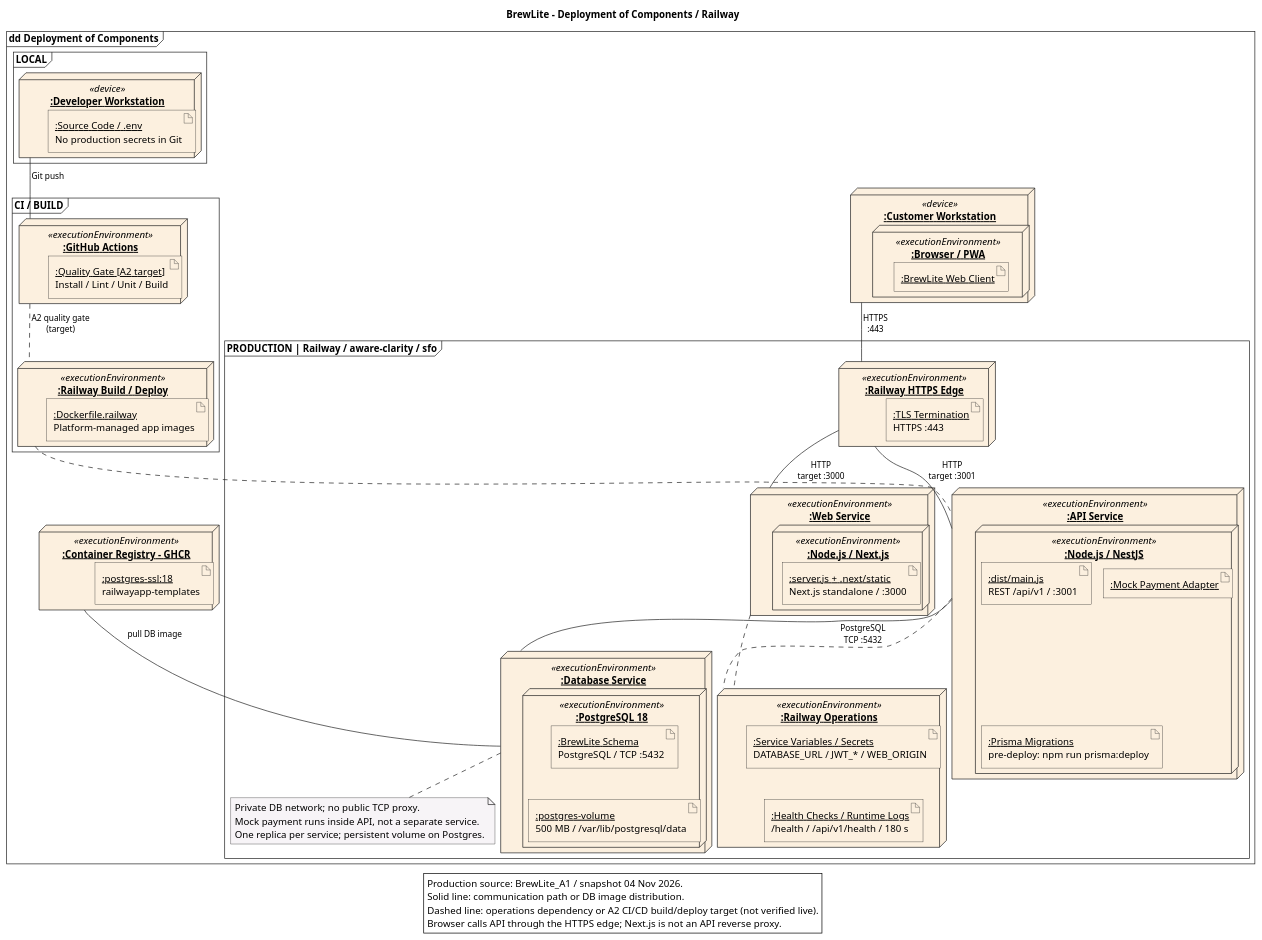
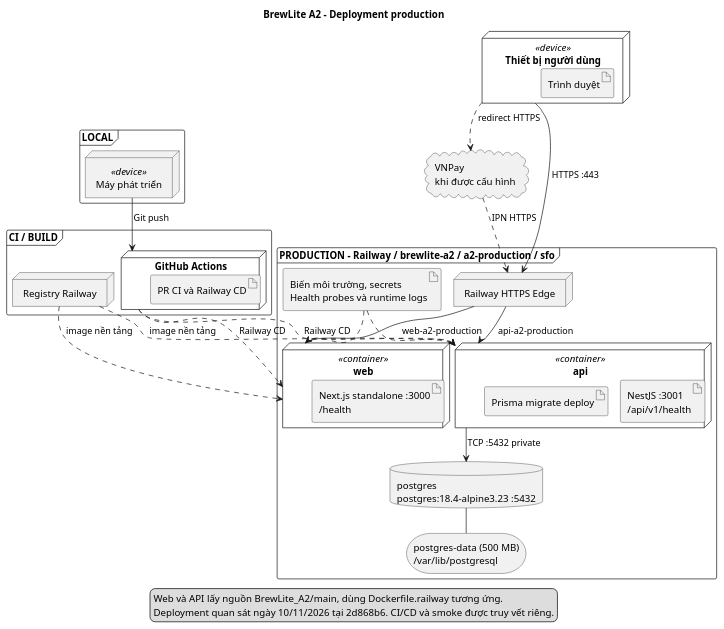
One commit to Fatcatmmb-sudo/BrewLite_A2 changed the diagram in docs/diagrams/deployment-production.puml. Above: the diagram before and after it, drawn with PlantUML. The commit also changed 14 other files, not shown here.

Commit message:
docs(task-3): cap nhat deployment Railway A2

```diff
--- a/docs/diagrams/deployment-production.puml
+++ b/docs/diagrams/deployment-production.puml
@@ -1,113 +1,54 @@
 @startuml
 !pragma layout smetana
-' Source of truth for the deployment diagram. No Draw.io or custom renderer required.
-title BrewLite - Deployment of Components / Railway
+title BrewLite A2 - Deployment production
 skinparam defaultFontName Arial
-skinparam defaultFontSize 14
 skinparam shadowing false
-skinparam backgroundColor white
-skinparam roundCorner 0
-skinparam nodesep 45
-skinparam ranksep 55
-skinparam linetype polyline
-skinparam ArrowColor #222222
-skinparam ArrowFontSize 12
-skinparam NodeBackgroundColor #FCF0DF
-skinparam NodeBorderColor #222222
-skinparam ArtifactBackgroundColor #FCF0DF
-skinparam ArtifactBorderColor #222222
-skinparam FrameBackgroundColor white
-skinparam FrameBorderColor #222222
-skinparam NoteBackgroundColor #F7F4F7
-skinparam NoteBorderColor #222222
-skinparam stereotypeFontSize 12
-top to bottom direction
+skinparam nodesep 25
+skinparam ranksep 35
 
-frame "dd Deployment of Components" {
-  node "<u>:Customer Workstation</u>" as Client <<device>> {
-    node "<u>:Browser / PWA</u>" as Browser <<executionEnvironment>> {
-      artifact "<u>:BrewLite Web Client</u>" as ClientApp
-    }
+node "Thiết bị người dùng" as Browser <<device>> {
+  artifact "Trình duyệt" as Client
   }
+frame "LOCAL" {
+  node "Máy phát triển" as Dev <<device>>
+}
+frame "CI / BUILD" {
+  node "GitHub Actions" as CI {
+    artifact "PR CI và Railway CD" as Workflows
+  }
+  node "Registry Railway" as Registry
+}
+frame "PRODUCTION - Railway / brewlite-a2 / a2-production / sfo" {
+  node "Railway HTTPS Edge" as Edge
+  node "web" as Web <<container>> {
+    artifact "Next.js standalone :3000\n/health" as Next
+  }
+  node "api" as API <<container>> {
+    artifact "NestJS :3001\n/api/v1/health" as Nest
+    artifact "Prisma migrate deploy" as Prisma
+  }
+  database "postgres\npostgres:18.4-alpine3.23 :5432" as DB
+  storage "postgres-data (500 MB)\n/var/lib/postgresql" as Volume
+  artifact "Biến môi trường, secrets\nHealth probes và runtime logs" as Ops
+}
+cloud "VNPay\nkhi được cấu hình" as VN
 
-  frame "PRODUCTION | Railway / aware-clarity / sfo" as Production {
-    node "<u>:Railway HTTPS Edge</u>" as Edge <<executionEnvironment>> {
-      artifact "<u>:TLS Termination</u>\nHTTPS :443" as TLS
-    }
-
-    node "<u>:Web Service</u>" as Web <<executionEnvironment>> {
-      node "<u>:Node.js / Next.js</u>" as Next <<executionEnvironment>> {
-        artifact "<u>:server.js + .next/static</u>\nNext.js standalone / :3000" as NextApp
-      }
-    }
-
-    node "<u>:API Service</u>" as API <<executionEnvironment>> {
-      node "<u>:Node.js / NestJS</u>" as Nest <<executionEnvironment>> {
-        artifact "<u>:dist/main.js</u>\nREST /api/v1 / :3001" as NestApp
-        artifact "<u>:Mock Payment Adapter</u>" as Mock
-        artifact "<u>:Prisma Migrations</u>\npre-deploy: npm run prisma:deploy" as Migrations
-        NestApp -[hidden]right- Mock
-        NestApp -[hidden]down- Migrations
-      }
-    }
-
-    node "<u>:Database Service</u>" as Database <<executionEnvironment>> {
-      node "<u>:PostgreSQL 18</u>" as PostgreSQL <<executionEnvironment>> {
-        artifact "<u>:BrewLite Schema</u>\nPostgreSQL / TCP :5432" as Schema
-        artifact "<u>:postgres-volume</u>\n500 MB / /var/lib/postgresql/data" as Volume
-        Schema -[hidden]down- Volume
-      }
-    }
-
-    node "<u>:Railway Operations</u>" as Ops <<executionEnvironment>> {
-      artifact "<u>:Service Variables / Secrets</u>\nDATABASE_URL / JWT_* / WEB_ORIGIN" as Secrets
-      artifact "<u>:Health Checks / Runtime Logs</u>\n/health / /api/v1/health / 180 s" as Health
-      Secrets -[hidden]down- Health
-    }
-
-    Edge -down- Web : HTTP\ntarget :3000
-    Edge -down- API : HTTP\ntarget :3001
-    API -down- Database : PostgreSQL\nTCP :5432
-    Web .. Ops
-    API .. Ops
-
-    note bottom of Database
-      Private DB network; no public TCP proxy.
-      Mock payment runs inside API, not a separate service.
-      One replica per service; persistent volume on Postgres.
-    end note
-  }
-
-  frame "LOCAL" as Local {
-    node "<u>:Developer Workstation</u>" as Developer <<device>> {
-      artifact "<u>:Source Code / .env</u>\nNo production secrets in Git" as LocalCode
-    }
-  }
-
-  frame "CI / BUILD" as CI {
-    node "<u>:GitHub Actions</u>" as Actions <<executionEnvironment>> {
-      artifact "<u>:Quality Gate [A2 target]</u>\nInstall / Lint / Unit / Build" as Gate
-    }
-    node "<u>:Railway Build / Deploy</u>" as Builder <<executionEnvironment>> {
-      artifact "<u>:Dockerfile.railway</u>\nPlatform-managed app images" as AppImage
-    }
-    Actions .down. Builder : A2 quality gate\n(target)
-  }
-
-  node "<u>:Container Registry - GHCR</u>" as Registry <<executionEnvironment>> {
-    artifact "<u>:postgres-ssl:18</u>\nrailwayapp-templates" as PgImage
-  }
-
-  Client -down- Edge : HTTPS\n:443
-  Developer -down- Actions : Git push
-  Builder .. API
-  Registry -- Database : pull DB image
-}
-
+Dev --> CI : Git push
+CI ..> Web : Railway CD
+CI ..> API : Railway CD
+Registry ..> Web : image nền tảng
+Registry ..> API : image nền tảng
+Browser --> Edge : HTTPS :443
+Edge --> Web : web-a2-production
+Edge --> API : api-a2-production
+API --> DB : TCP :5432 private
+DB -- Volume
+Ops ..> Web
+Ops ..> API
+Browser ..> VN : redirect HTTPS
+VN ..> Edge : IPN HTTPS
 legend bottom
-  Production source: BrewLite_A1 / snapshot 04 Nov 2026.
-  Solid line: communication path or DB image distribution.
-  Dashed line: operations dependency or A2 CI/CD build/deploy target (not verified live).
-  Browser calls API through the HTTPS edge; Next.js is not an API reverse proxy.
+  Web và API lấy nguồn BrewLite_A2/main, dùng Dockerfile.railway tương ứng.
+  Deployment quan sát ngày 10/11/2026 tại 2d868b6. CI/CD và smoke được truy vết riêng.
 endlegend
 @enduml
```
